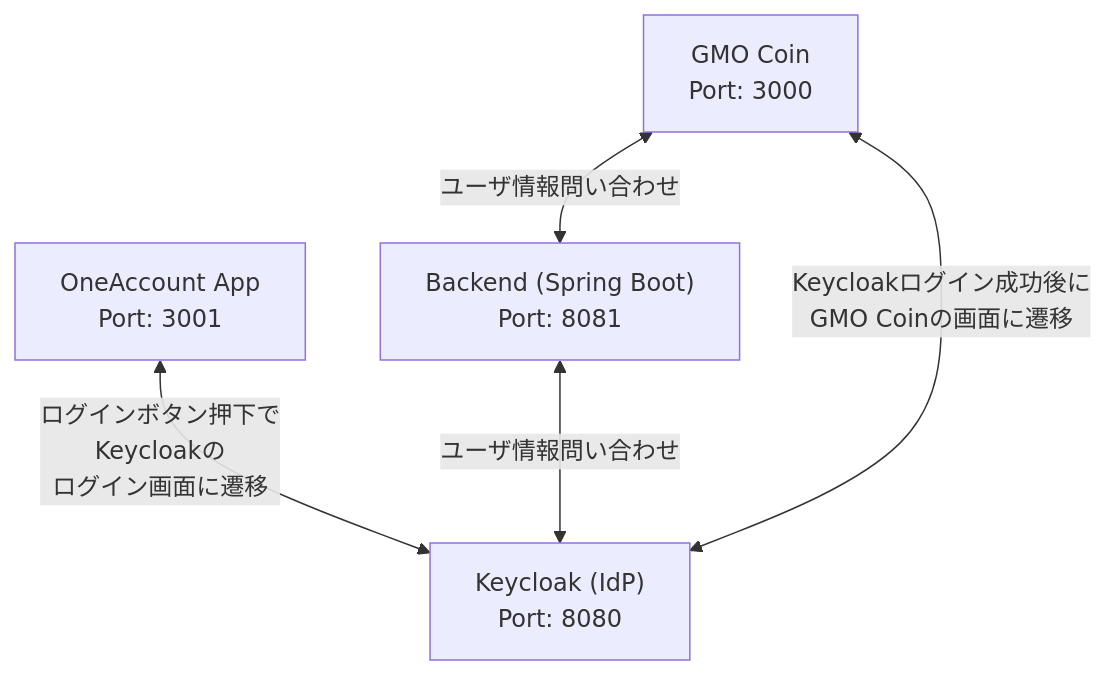
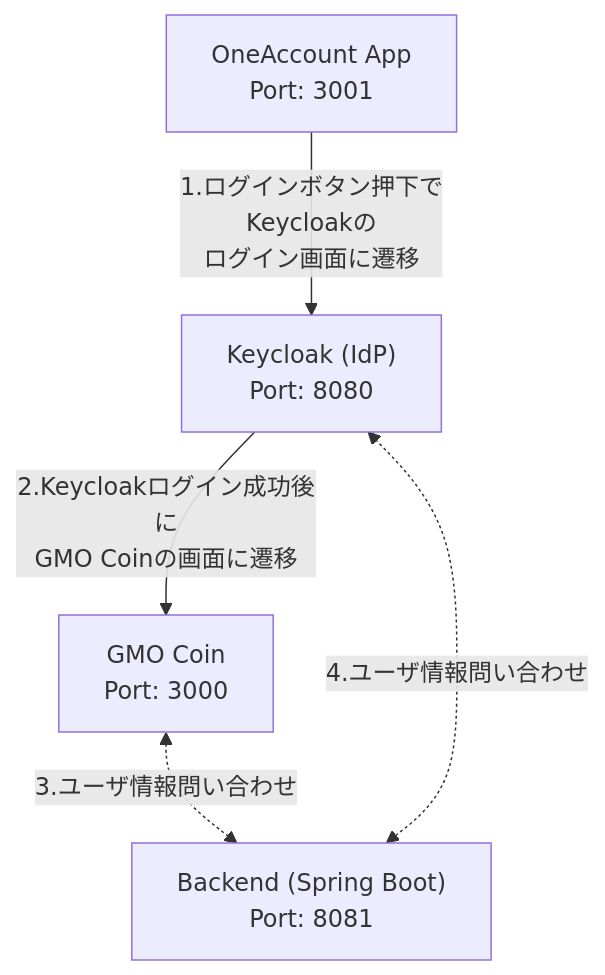
Before and after one commit to Masataka-Nakamura-ggs/GoogleAccountLinkageSample: the diagram in README.md, drawn with Mermaid. The commit also changed other lines of this file, not shown here.

````diff
--- a/README.md
+++ b/README.md
@@ -16,14 +17,14 @@
 ```mermaid
 graph TD
     direction LR
     OneAccount["OneAccount App<br>Port: 3001"]
     GMOCoin["GMO Coin<br>Port: 3000"]
     Backend["Backend (Spring Boot)<br>Port: 8081"]
     Keycloak["Keycloak (IdP)<br>Port: 8080"]
 
 
-    OneAccount <--ログインボタン押下で<br>Keycloakの<br>ログイン画面に遷移--> Keycloak
-    GMOCoin <--ユーザ情報問い合わせ--> Backend
-    Backend <--ユーザ情報問い合わせ--> Keycloak
-    GMOCoin <--Keycloakログイン成功後に<br>GMO Coinの画面に遷移--> Keycloak
+    OneAccount --1.ログインボタン押下で<br>Keycloakの<br>ログイン画面に遷移--> Keycloak
+    Keycloak --2.Keycloakログイン成功後に<br>GMO Coinの画面に遷移--> GMOCoin
+    GMOCoin <-."3.ユーザ情報問い合わせ".-> Backend
+    Backend <-."4.ユーザ情報問い合わせ".-> Keycloak
 ```
````
